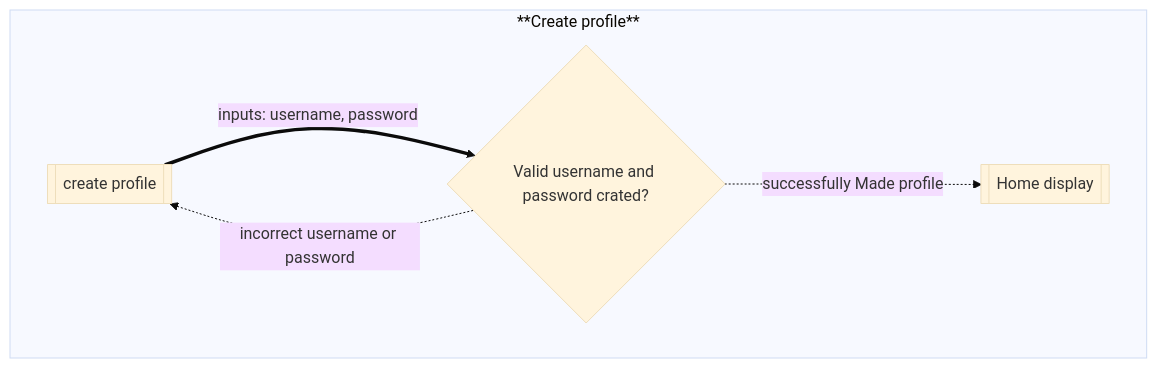
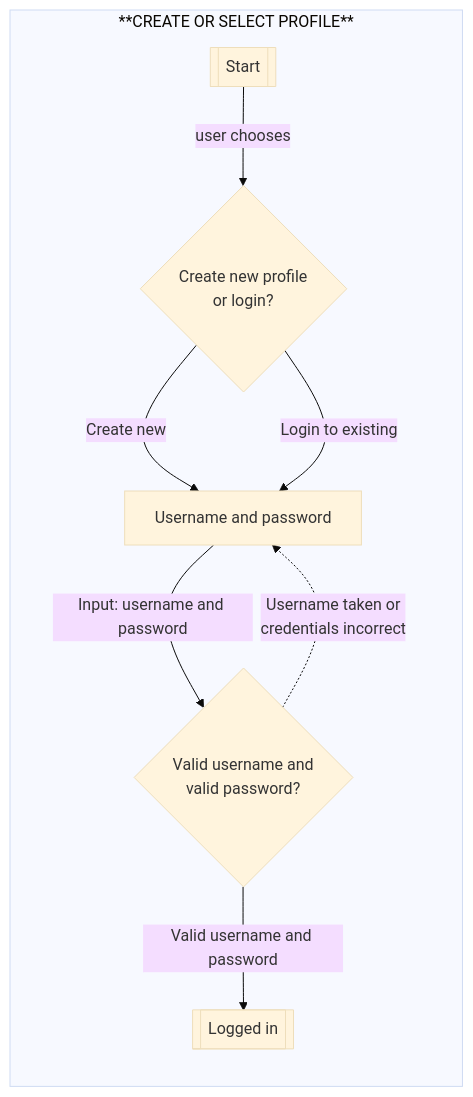
The first of 6 diagrams in README.md (Karan4248/Exercise-Tracker), drawn with Mermaid (base theme) before and after one commit. The commit also changed other lines of this file, not shown here.

````diff
--- a/README.md
+++ b/README.md
@@ -31,11 +17,21 @@
 ```mermaid
 flowchart
-  subgraph **Create profile**
-    create[[create profile]]
-    home[[Home display]]
-    create-result{Valid username and password crated?}
-    create ==inputs: username, password==> create-result
-    create-result -. incorrect username or password .-> create
-    create-result -. successfully Made profile.-> home
+  subgraph **CREATE OR SELECT PROFILE**
+    direction TB
+    start[[Start]]
+    action{Create new profile<br/>or login?}
+    
+    input["Username and password"]
+    
+    check{Valid username and<br/>valid password?}
+    
+    success[[Logged in]]
+    
+    start -- user chooses --> action
+    action -- "Create new" --> input
+    action -- "Login to existing" --> input
+    input -- "Input: username and password" --> check
+    check -. "Username taken or<br/>credentials incorrect" .-> input
+    check -- "Valid username and password" --> success
   end
 ```
````
